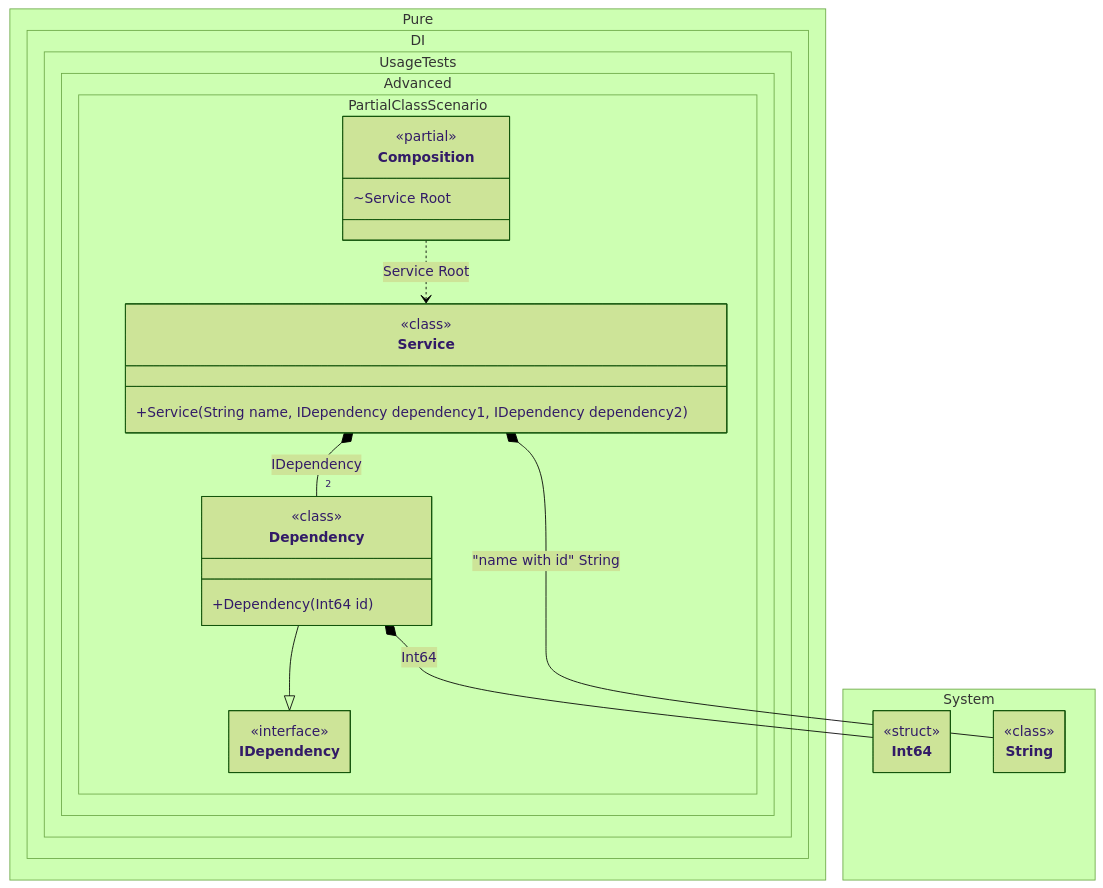
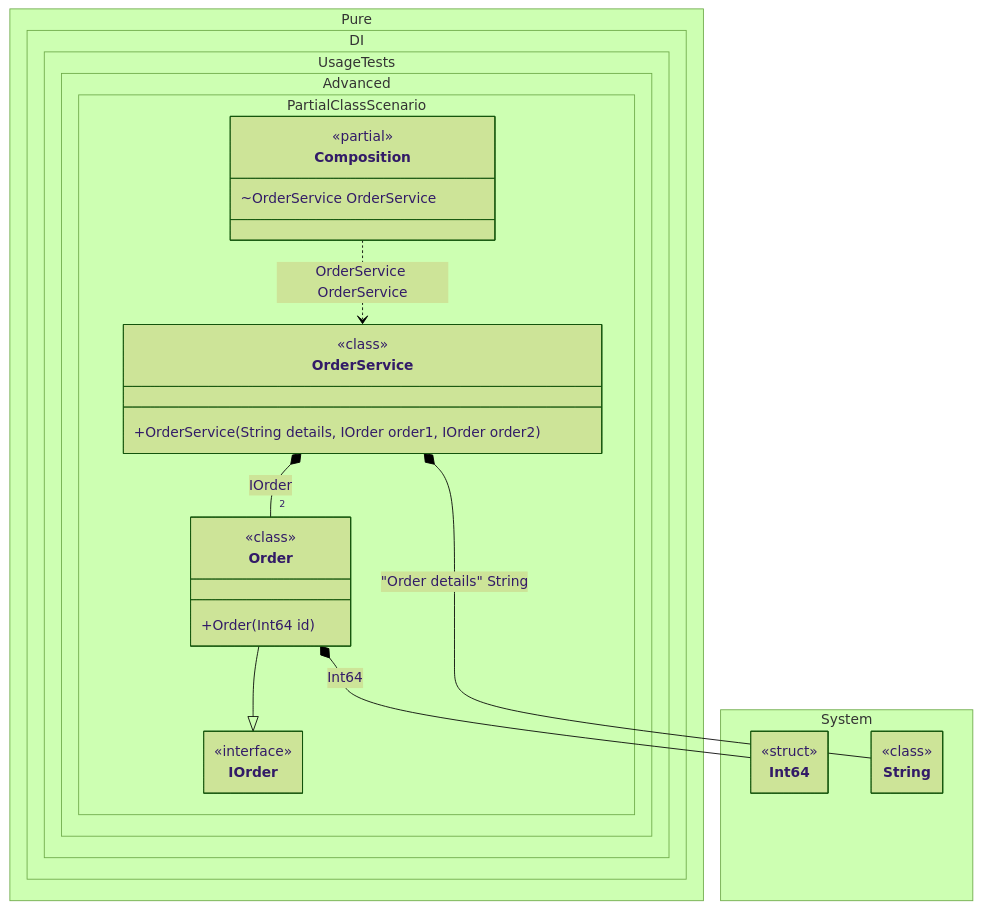
Before and after one commit to DevTeam/Pure.DI: the diagram in readme/partial-class.md, drawn with Mermaid (forest theme). The commit also changed other lines of this file and 126 other files, not shown here.

````diff
--- a/readme/partial-class.md
+++ b/readme/partial-class.md
@@ -128,40 +130,40 @@
 ```mermaid
 ---
  config:
   maxTextSize: 2147483647
   maxEdges: 2147483647
   class:
    hideEmptyMembersBox: true
 ---
 classDiagram
-	Dependency --|> IDependency
-	Composition ..> Service : Service Root
-	Dependency *--  Int64 : Int64
-	Service *-- "2 " Dependency : IDependency
-	Service *--  String : "name with id"  String
+	Order --|> IOrder
+	Composition ..> OrderService : OrderService OrderService
+	Order *--  Int64 : Int64
+	OrderService *-- "2 " Order : IOrder
+	OrderService *--  String : "Order details"  String
 	namespace Pure.DI.UsageTests.Advanced.PartialClassScenario {
 		class Composition {
 		<<partial>>
-		~Service Root
+		~OrderService OrderService
 		}
-		class Dependency {
-				<<class>>
-			+Dependency(Int64 id)
-		}
-		class IDependency {
+		class IOrder {
 			<<interface>>
 		}
-		class Service {
+		class Order {
 				<<class>>
-			+Service(String name, IDependency dependency1, IDependency dependency2)
+			+Order(Int64 id)
+		}
+		class OrderService {
+				<<class>>
+			+OrderService(String details, IOrder order1, IOrder order2)
 		}
 	}
 	namespace System {
 		class Int64 {
 				<<struct>>
 		}
 		class String {
 				<<class>>
 		}
 	}
 ```
````
